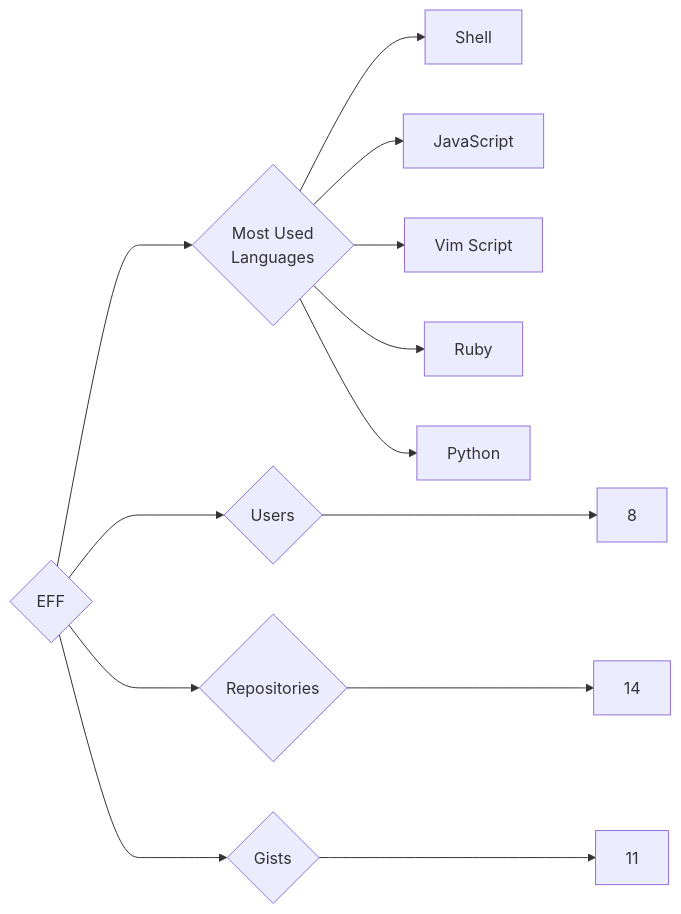
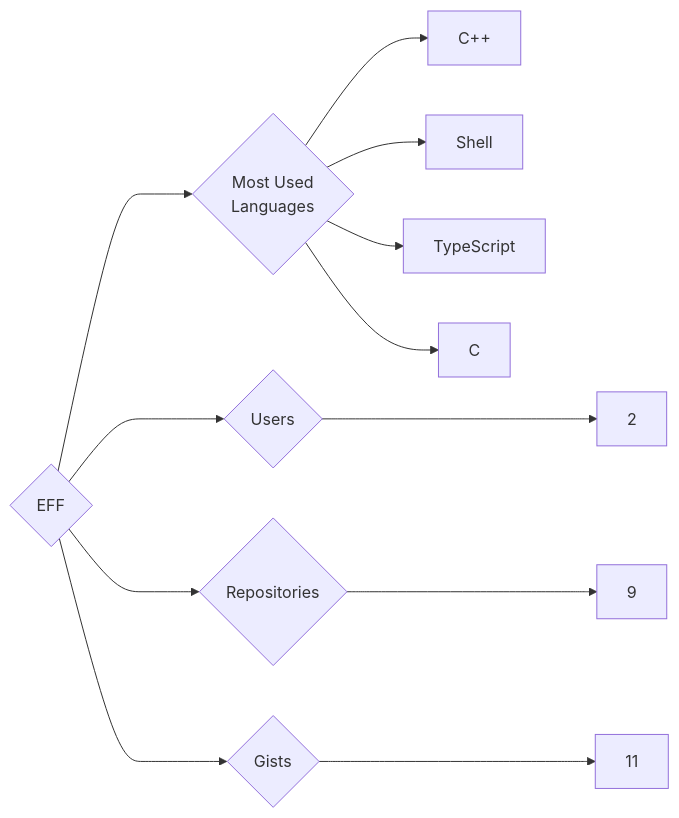
The diagram in targets/EFF/README.md (trickest/insiders), drawn with Mermaid before and after one commit. The commit also changed 718 other files, not shown here.

````diff
--- a/targets/EFF/README.md
+++ b/targets/EFF/README.md
@@ -3,13 +3,12 @@
 ```mermaid
 graph LR
 COMPANY_NAME{EFF}
-COMPANY_NAME ---> U{Users} ---> UN[8]
-COMPANY_NAME ---> R{Repositories} ---> RN[14]
+COMPANY_NAME ---> U{Users} ---> UN[2]
+COMPANY_NAME ---> R{Repositories} ---> RN[9]
 COMPANY_NAME ---> G{Gists} ---> GN[11]
 COMPANY_NAME ---> ML{Most Used<br>Languages}
+ML --> C++[C++]
 ML --> Shell[Shell]
-ML --> JavaScript[JavaScript]
-ML --> Vim_Script[Vim Script]
-ML --> Ruby[Ruby]
-ML --> Python[Python]
+ML --> TypeScript[TypeScript]
+ML --> C[C]
 ```
````
